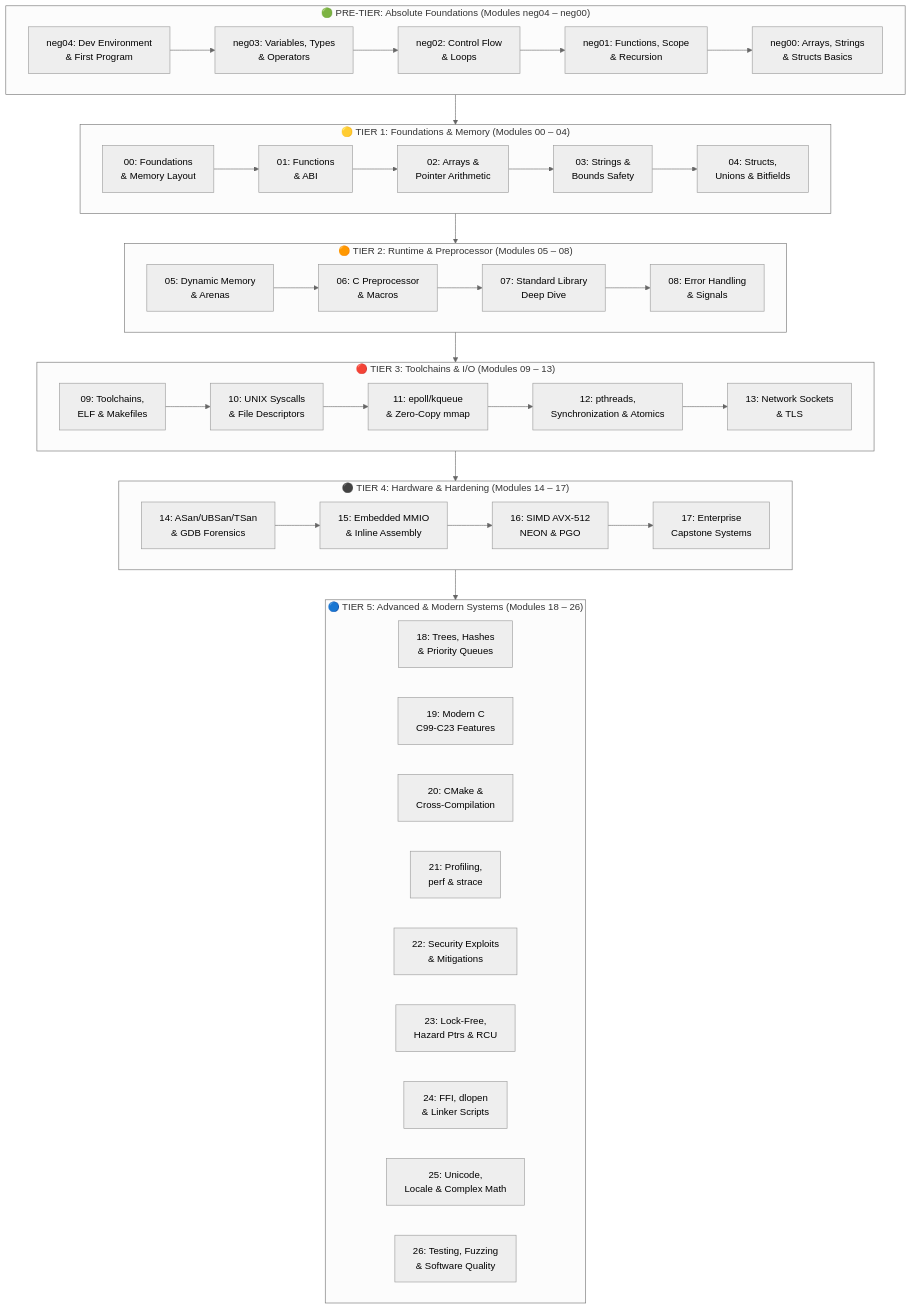
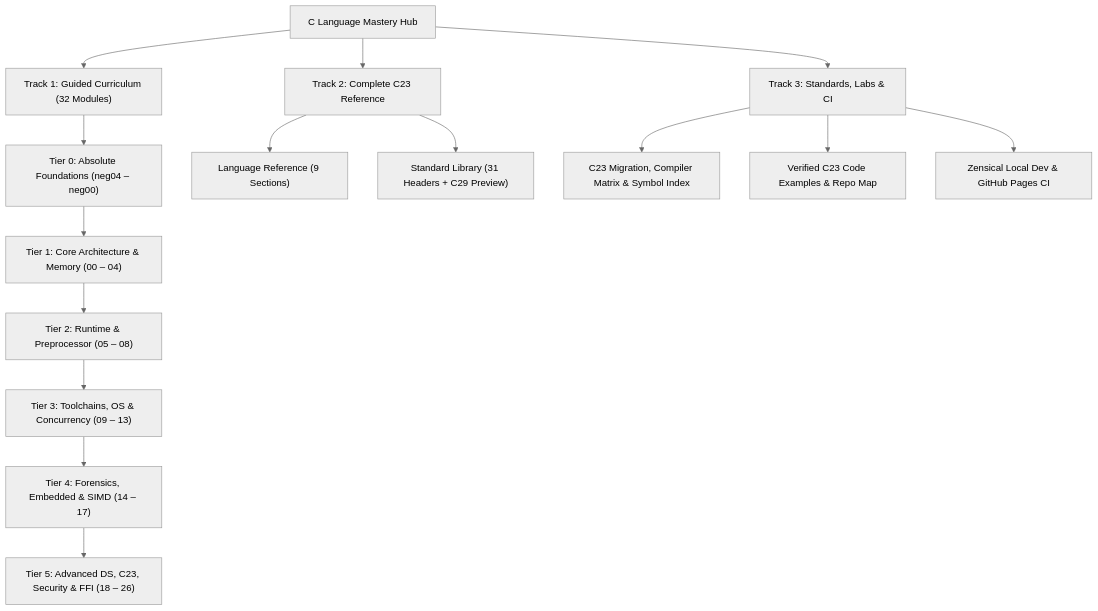
Before and after one commit to janobourian/c_lang: the diagram in docs/index.md, drawn with Mermaid (neutral theme). The commit also changed other lines of this file and 130 other files, not shown here.

Commit message:
docs(c_lang): migrate to Zensical C23 dual-track hub, cppreference parity & GitHub Pages CI

````diff
--- a/docs/index.md
+++ b/docs/index.md
@@ -25,65 +63,21 @@
 ```mermaid
 flowchart TD
-    subgraph PRE["🟢 PRE-TIER: Absolute Foundations (Modules neg04 – neg00)"]
-        direction LR
-        N4["neg04: Dev Environment\n& First Program"]
-        N3["neg03: Variables, Types\n& Operators"]
-        N2["neg02: Control Flow\n& Loops"]
-        N1["neg01: Functions, Scope\n& Recursion"]
-        N0["neg00: Arrays, Strings\n& Structs Basics"]
-        N4 --> N3 --> N2 --> N1 --> N0
-    end
+    Portal["C Language Mastery Hub"]
+    Portal --> TrackA["Track 1: Guided Curriculum (32 Modules)"]
+    Portal --> TrackB["Track 2: Complete C23 Reference"]
+    Portal --> TrackC["Track 3: Standards, Labs & CI"]
 
-    subgraph T1["🟡 TIER 1: Foundations & Memory (Modules 00 – 04)"]
-        direction LR
-        M00["00: Foundations\n& Memory Layout"]
-        M01["01: Functions\n& ABI"]
-        M02["02: Arrays &\nPointer Arithmetic"]
-        M03["03: Strings &\nBounds Safety"]
-        M04["04: Structs,\nUnions & Bitfields"]
-        M00 --> M01 --> M02 --> M03 --> M04
-    end
+    TrackA --> T0["Tier 0: Absolute Foundations (neg04 – neg00)"]
+    T0 --> T1["Tier 1: Core Architecture & Memory (00 – 04)"]
+    T1 --> T2["Tier 2: Runtime & Preprocessor (05 – 08)"]
+    T2 --> T3["Tier 3: Toolchains, OS & Concurrency (09 – 13)"]
+    T3 --> T4["Tier 4: Forensics, Embedded & SIMD (14 – 17)"]
+    T4 --> T5["Tier 5: Advanced DS, C23, Security & FFI (18 – 26)"]
 
-    subgraph T2["🟠 TIER 2: Runtime & Preprocessor (Modules 05 – 08)"]
-        direction LR
-        M05["05: Dynamic Memory\n& Arenas"]
-        M06["06: C Preprocessor\n& Macros"]
-        M07["07: Standard Library\nDeep Dive"]
-        M08["08: Error Handling\n& Signals"]
-        M05 --> M06 --> M07 --> M08
-    end
+    TrackB --> Lang["Language Reference (9 Sections)"]
+    TrackB --> Lib["Standard Library (31 Headers + C29 Preview)"]
 
-    subgraph T3["🔴 TIER 3: Toolchains & I/O (Modules 09 – 13)"]
-        direction LR
-        M09["09: Toolchains,\nELF & Makefiles"]
-        M10["10: UNIX Syscalls\n& File Descriptors"]
-        M11["11: epoll/kqueue\n& Zero-Copy mmap"]
-        M12["12: pthreads,\nSynchronization & Atomics"]
-        M13["13: Network Sockets\n& TLS"]
-        M09 --> M10 --> M11 --> M12 --> M13
-    end
-
-    subgraph T4["⚫ TIER 4: Hardware & Hardening (Modules 14 – 17)"]
-        direction LR
-        M14["14: ASan/UBSan/TSan\n& GDB Forensics"]
-        M15["15: Embedded MMIO\n& Inline Assembly"]
-        M16["16: SIMD AVX-512\nNEON & PGO"]
-        M17["17: Enterprise\nCapstone Systems"]
-        M14 --> M15 --> M16 --> M17
-    end
-
-    subgraph T5["🔵 TIER 5: Advanced & Modern Systems (Modules 18 – 26)"]
-        direction LR
-        M18["18: Trees, Hashes\n& Priority Queues"]
-        M19["19: Modern C\nC99-C23 Features"]
-        M20["20: CMake &\nCross-Compilation"]
-        M21["21: Profiling,\nperf & strace"]
-        M22["22: Security Exploits\n& Mitigations"]
-        M23["23: Lock-Free,\nHazard Ptrs & RCU"]
-        M24["24: FFI, dlopen\n& Linker Scripts"]
-        M25["25: Unicode,\nLocale & Complex Math"]
-        M26["26: Testing, Fuzzing\n& Software Quality"]
-    end
-
-    PRE --> T1 --> T2 --> T3 --> T4 --> T5
+    TrackC --> Std["C23 Migration, Compiler Matrix & Symbol Index"]
+    TrackC --> Labs["Verified C23 Code Examples & Repo Map"]
+    TrackC --> Ops["Zensical Local Dev & GitHub Pages CI"]
 ```
````
